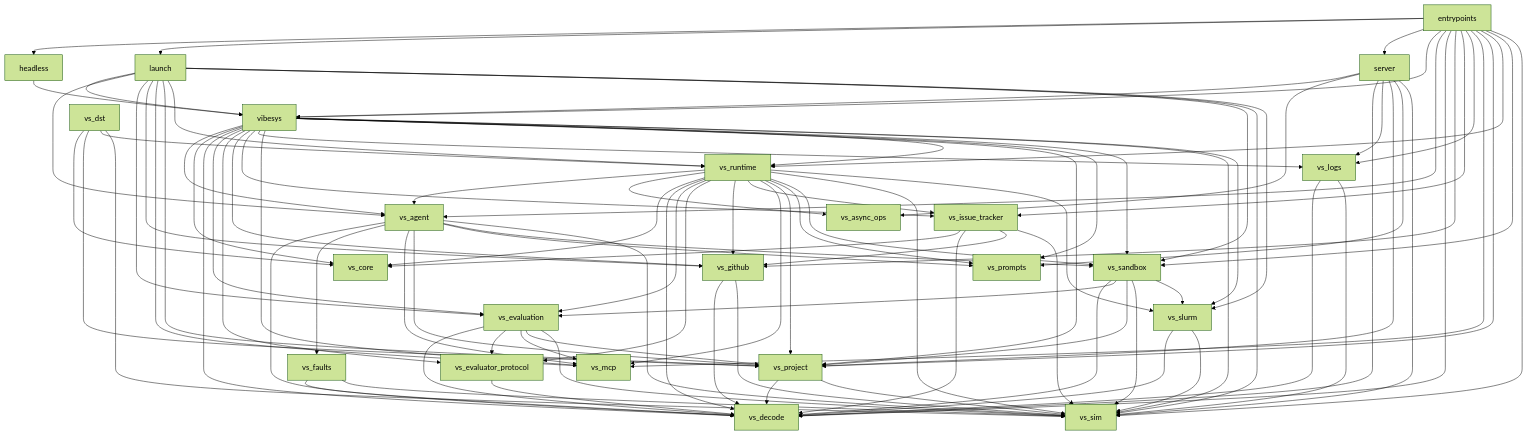
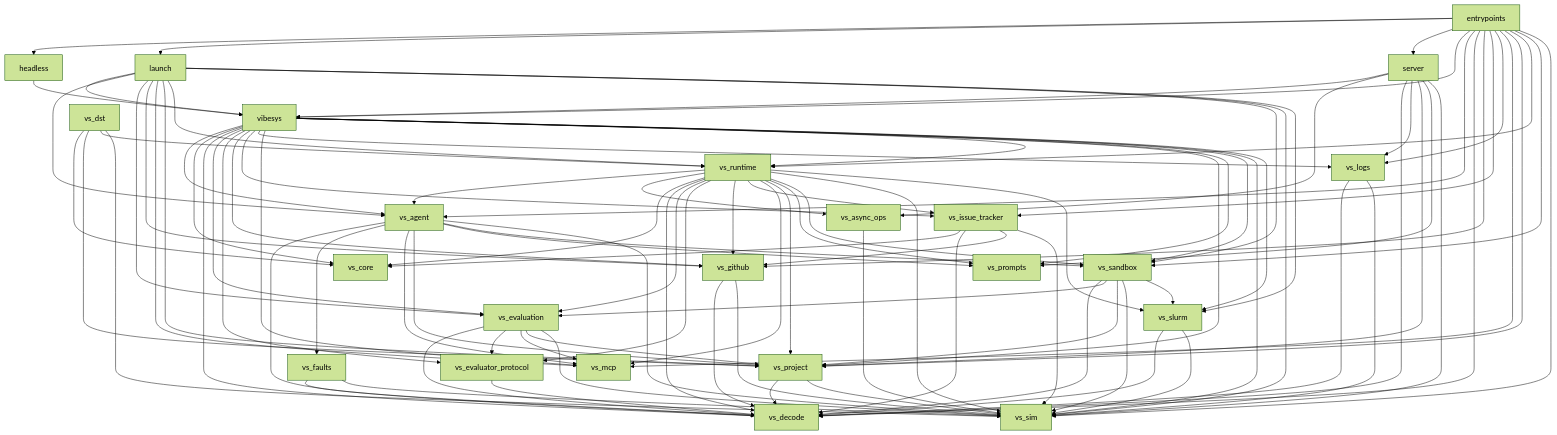
The diagram in docs/contributing/architecture.md (6Mikao9/vibesys), drawn with Mermaid (forest theme) before and after one commit. The commit also changed 5 other files, not shown here.

Commit message:
fix(async-ops): retry coordinator cleanup failures (#2792)

```diff
--- a/docs/contributing/architecture.md
+++ b/docs/contributing/architecture.md
@@ -186,6 +186,7 @@
     vs_agent --> vs_prompts
     vs_agent --> vs_sandbox
     vs_agent --> vs_sim
+    vs_async_ops --> vs_sim
     vs_dst --> vs_core
     vs_dst --> vs_project
     vs_dst --> vs_runtime
```
